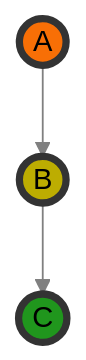
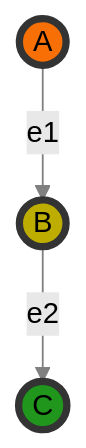
One commit to OmenApps/django-directed changed the eighth of 17 diagrams in docs/terminology.md. Above: the diagram before and after it, drawn with Mermaid (forest theme). The commit also changed other lines of this file and 1 other file, not shown here.

````diff
--- a/docs/terminology.md
+++ b/docs/terminology.md
@@ -147,15 +155,15 @@
 ```{mermaid}
 graph TD;
     A((A));
     B((B));
     C((C));
     
-    A-->B;
-    B-->C;
+    A--e1-->B;
+    B--e2-->C;
 
     style A fill:#f86f06,stroke:#333,stroke-width:4px;
     style B fill:#bdad01,stroke:#333,stroke-width:4px;
     style C fill:#20961d,stroke:#333,stroke-width:4px;
 
     linkStyle default fill:none,stroke:gray
 ```
````
